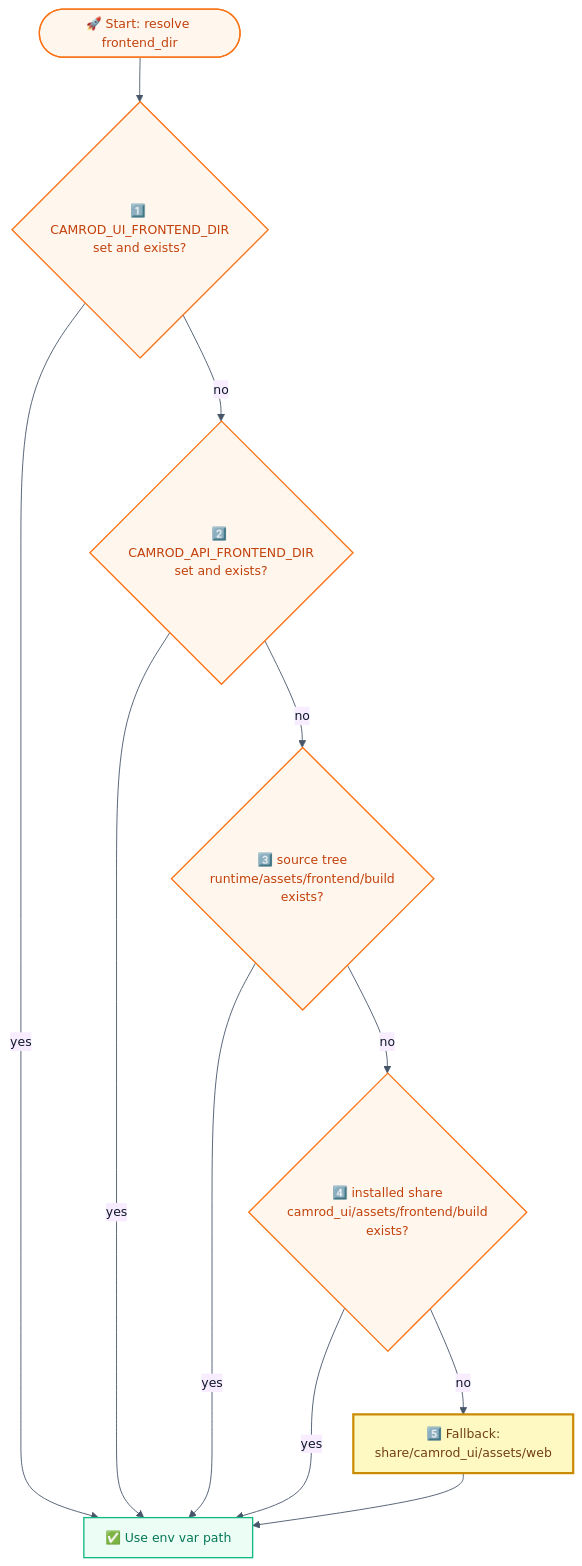
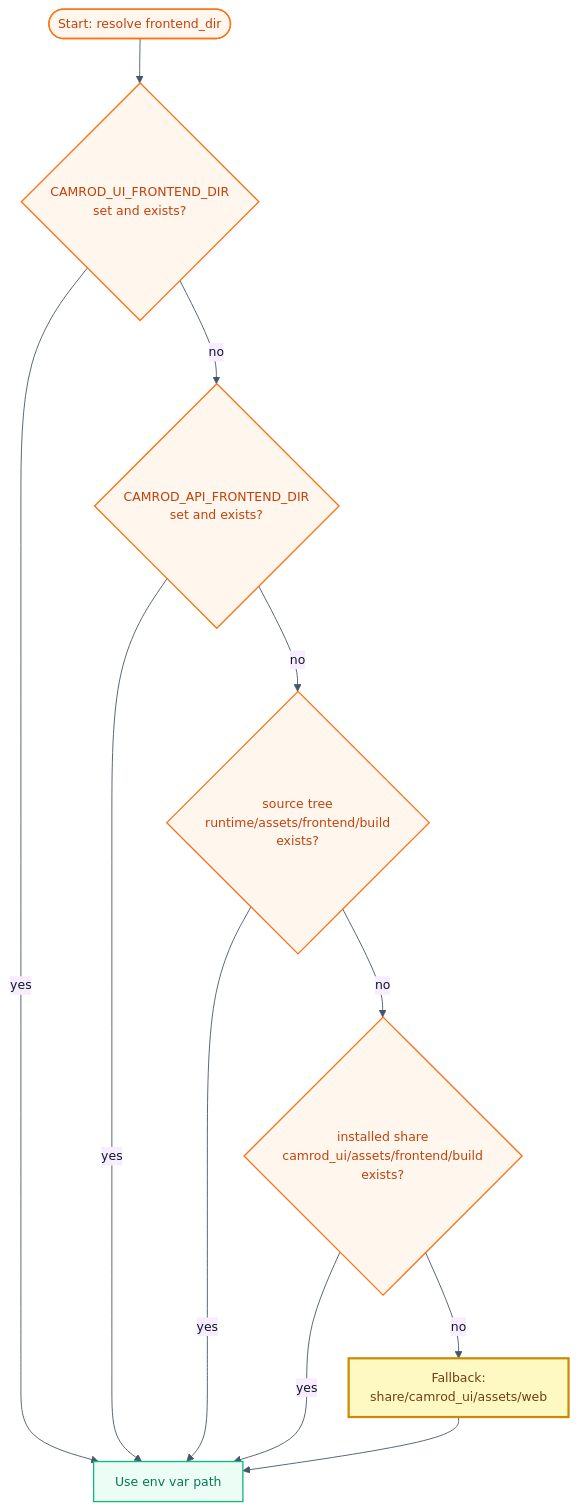
The fifth of 5 diagrams in camrod_ui/README.md (hwanhonglee/CAMROD), drawn with Mermaid before and after one commit. The commit also changed other lines of this file and 11 other files, not shown here.

First line of the commit message:
docs: fix Mermaid syntax errors and reduce emoji overuse in all READMEs

````diff
--- a/camrod_ui/README.md
+++ b/camrod_ui/README.md
@@ -174,24 +174,24 @@
 ```mermaid
 %%{init: {'theme': 'base', 'themeVariables': {'fontFamily': 'ui-sans-serif, system-ui, sans-serif', 'fontSize': '14px', 'primaryColor': '#FFF7ED', 'primaryTextColor': '#0F172A', 'primaryBorderColor': '#F97316', 'lineColor': '#475569'}, 'flowchart': {'curve': 'basis', 'htmlLabels': true, 'padding': 12}}}%%
 flowchart TD
-  A([🚀 Start: resolve frontend_dir]):::ui
+  A([Start: resolve frontend_dir]):::ui
 
-  A --> B{"1️⃣ CAMROD_UI_FRONTEND_DIR\nset and exists?"}:::ui
-  B -->|yes| Z[✅ Use env var path]:::localization
+  A --> B{"CAMROD_UI_FRONTEND_DIR\nset and exists?"}:::ui
+  B -->|yes| Z[Use env var path]:::localization
 
-  B -->|no| C{"2️⃣ CAMROD_API_FRONTEND_DIR\nset and exists?"}:::ui
+  B -->|no| C{"CAMROD_API_FRONTEND_DIR\nset and exists?"}:::ui
   C -->|yes| Z
 
-  C -->|no| D{"3️⃣ source tree\nruntime/assets/frontend/build\nexists?"}:::ui
+  C -->|no| D{"source tree\nruntime/assets/frontend/build\nexists?"}:::ui
   D -->|yes| Z
 
-  D -->|no| E{"4️⃣ installed share\ncamrod_ui/assets/frontend/build\nexists?"}:::ui
+  D -->|no| E{"installed share\ncamrod_ui/assets/frontend/build\nexists?"}:::ui
   E -->|yes| Z
 
-  E -->|no| F["5️⃣ Fallback:\nshare/camrod_ui/assets/web"]:::highlight
+  E -->|no| F["Fallback:\nshare/camrod_ui/assets/web"]:::highlight
   F --> Z
 
   classDef ui           fill:#FFF7ED,stroke:#F97316,stroke-width:1.5px,color:#C2410C;
   classDef localization fill:#ECFDF5,stroke:#10B981,stroke-width:1.5px,color:#047857;
   classDef highlight    fill:#FEF9C3,stroke:#CA8A04,stroke-width:2.5px,color:#713F12;
 ```
````
